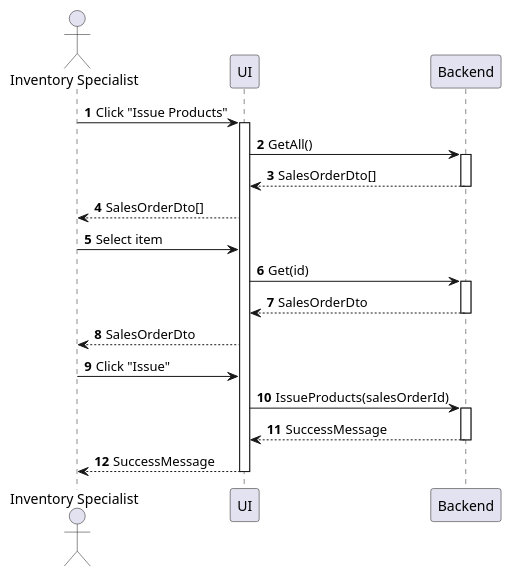
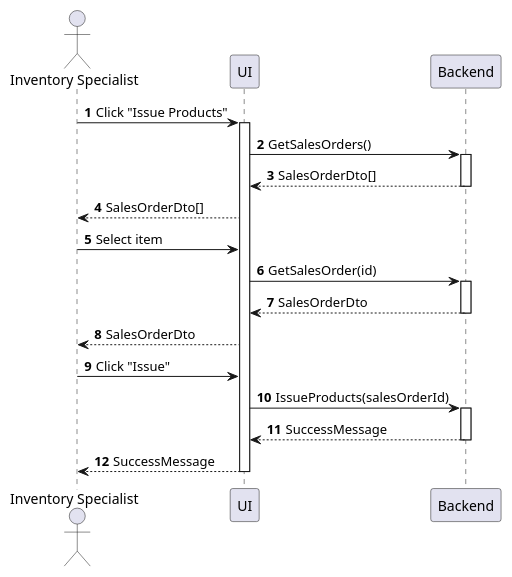
The diagram in sequences/inventory-product-issue.plantuml (phihungha/scmss-reqs), drawn with PlantUML before and after one commit. The commit also changed 3 other files, not shown here.

```diff
--- a/sequences/inventory-product-issue.plantuml
+++ b/sequences/inventory-product-issue.plantuml
@@ -1,24 +1,24 @@
 @startuml inventory-product-issue
 autonumber
 
 actor "Inventory Specialist" as a
 participant UI as f
 participant Backend as b
 
 a -> f : Click "Issue Products"
 activate f
-f -> b : GetAll()
+f -> b : GetSalesOrders()
 activate b
 return SalesOrderDto[]
 f --> a : SalesOrderDto[]
 a -> f : Select item
-f -> b : Get(id)
+f -> b : GetSalesOrder(id)
 activate b
 return SalesOrderDto
 f --> a : SalesOrderDto
 a -> f : Click "Issue"
 f -> b : IssueProducts(salesOrderId)
 activate b
 return SuccessMessage
 return SuccessMessage
 @enduml
```
